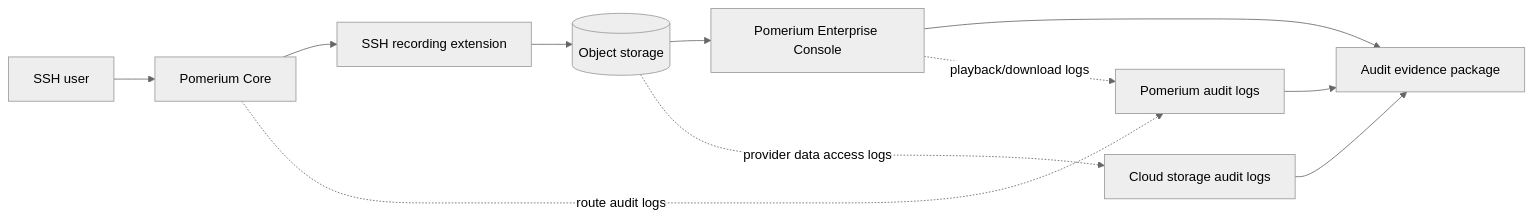
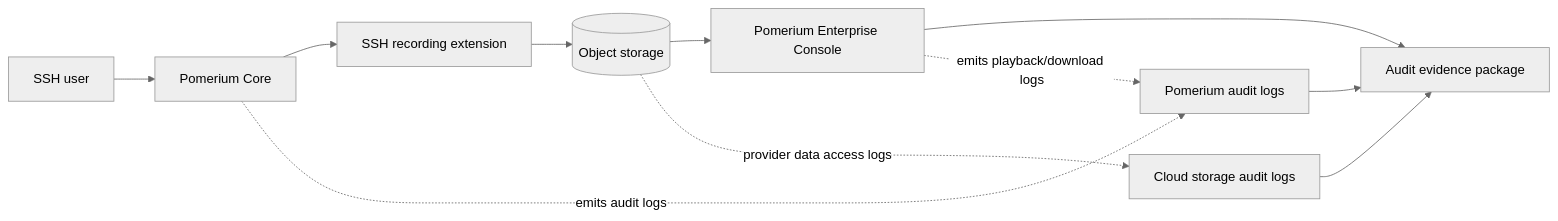
One commit to pomerium/documentation changed the diagram in content/docs/capabilities/session-recording-compliance.mdx. Above: the diagram before and after it, drawn with Mermaid (neutral theme). The commit also changed other lines of this file, not shown here.

````diff
--- a/content/docs/capabilities/session-recording-compliance.mdx
+++ b/content/docs/capabilities/session-recording-compliance.mdx
@@ -77,14 +77,14 @@
 ```mermaid
 flowchart LR
   User[SSH user] --> Core[Pomerium Core]
   Core --> Extension[SSH recording extension]
   Extension --> Store[(Object storage)]
   Store --> Console[Pomerium Enterprise Console]
   Console --> Auditor[Audit evidence package]
 
-  Core -. route audit logs .-> Audit[Pomerium audit logs]
-  Console -. playback/download logs .-> Audit
+  Core -. emits audit logs .-> Audit[Pomerium audit logs]
+  Console -. emits playback/download logs .-> Audit
   Store -. provider data access logs .-> CloudLogs[Cloud storage audit logs]
   Audit --> Auditor
   CloudLogs --> Auditor
 ```
````
